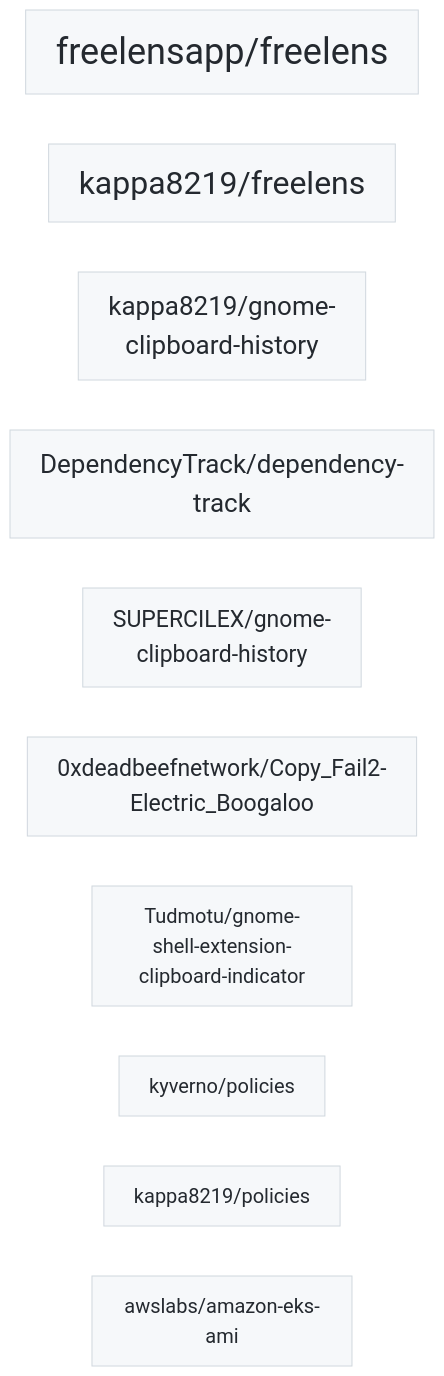
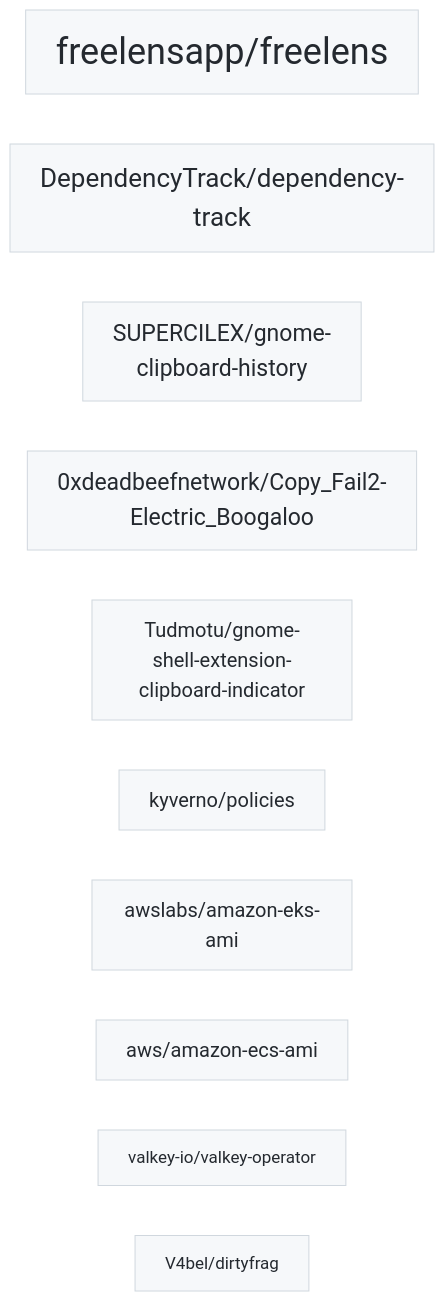
Before and after one commit to kappa8219/kappa8219: the diagram in README.md, drawn with Mermaid. The commit also changed 1 other file, not shown here.

Commit message:
Exclude own repos from project cloud

````diff
--- a/README.md
+++ b/README.md
@@ -4,24 +4,24 @@
 ```mermaid
 graph LR
   classDef tag fill:#f6f8fa,stroke:#d0d7de,color:#24292f;
   p1["freelensapp/freelens"]:::tag
   style p1 font-size:36px
-  p2["kappa8219/freelens"]:::tag
-  style p2 font-size:32px
-  p3["kappa8219/gnome-clipboard-history"]:::tag
-  style p3 font-size:26px
-  p4["DependencyTrack/dependency-track"]:::tag
-  style p4 font-size:26px
-  p5["SUPERCILEX/gnome-clipboard-history"]:::tag
-  style p5 font-size:23px
-  p6["0xdeadbeefnetwork/Copy_Fail2-Electric_Boogaloo"]:::tag
-  style p6 font-size:23px
-  p7["Tudmotu/gnome-shell-extension-clipboard-indicator"]:::tag
+  p2["DependencyTrack/dependency-track"]:::tag
+  style p2 font-size:26px
+  p3["SUPERCILEX/gnome-clipboard-history"]:::tag
+  style p3 font-size:23px
+  p4["0xdeadbeefnetwork/Copy_Fail2-Electric_Boogaloo"]:::tag
+  style p4 font-size:23px
+  p5["Tudmotu/gnome-shell-extension-clipboard-indicator"]:::tag
+  style p5 font-size:20px
+  p6["kyverno/policies"]:::tag
+  style p6 font-size:20px
+  p7["awslabs/amazon-eks-ami"]:::tag
   style p7 font-size:20px
-  p8["kyverno/policies"]:::tag
+  p8["aws/amazon-ecs-ami"]:::tag
   style p8 font-size:20px
-  p9["kappa8219/policies"]:::tag
-  style p9 font-size:20px
-  p10["awslabs/amazon-eks-ami"]:::tag
-  style p10 font-size:20px
+  p9["valkey-io/valkey-operator"]:::tag
+  style p9 font-size:17px
+  p10["V4bel/dirtyfrag"]:::tag
+  style p10 font-size:17px
 ```
````
